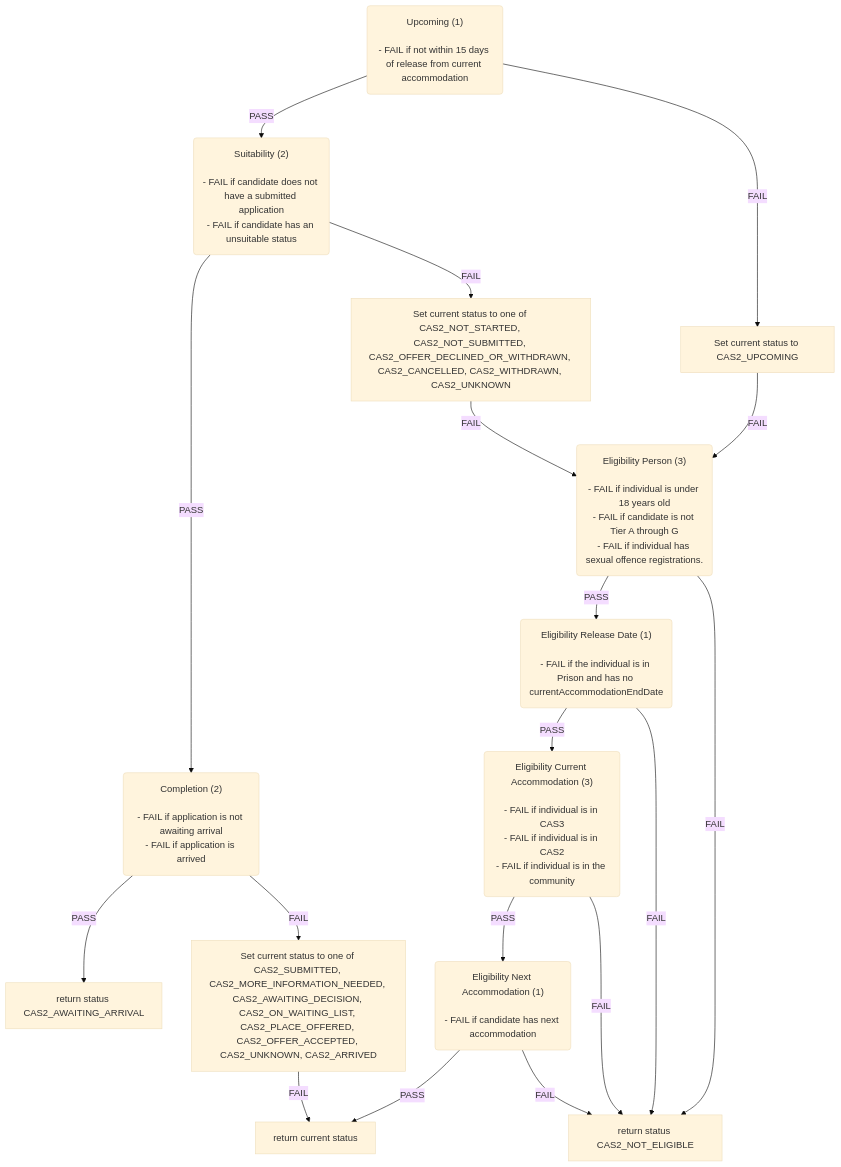
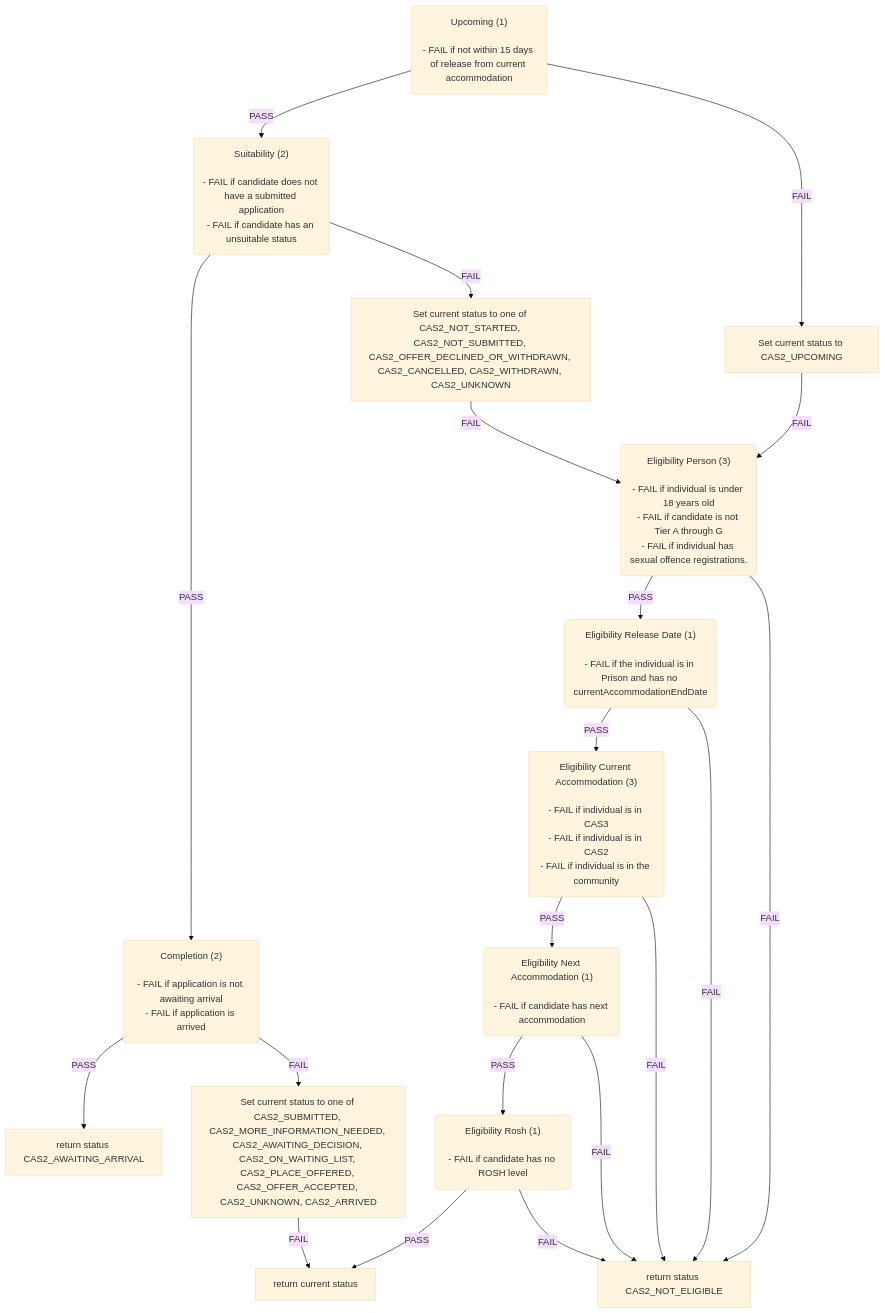
Before and after one commit to ministryofjustice/hmpps-single-accommodation-service-api: the second of 6 diagrams in docs/eligibility-rules-graph.md, drawn with Mermaid (base theme). The commit also changed other lines of this file and 21 other files, not shown here.

Commit message:
feature/SAS-1485-Add-ROSH-rule-placeholder-to-CAS-services

````diff
--- a/docs/eligibility-rules-graph.md
+++ b/docs/eligibility-rules-graph.md
@@ -104,53 +113,58 @@
 ```mermaid
 flowchart TD
   Upcoming("Upcoming (1)
 
 - FAIL if not within 15 days of release from current accommodation")
   Suitability("Suitability (2)
 
 - FAIL if candidate does not have a submitted application
 - FAIL if candidate has an unsuitable status")
   Completion("Completion (2)
 
 - FAIL if application is not awaiting arrival
 - FAIL if application is arrived")
   return_status_CAS2_AWAITING_ARRIVAL["return status CAS2_AWAITING_ARRIVAL"]
   Set_current_status_to_one_of_CAS2_SUBMITTED__CAS2_MORE_INFORMATION_NEEDED__CAS2_AWAITING_DECISION__CAS2_ON_WAITING_LIST__CAS2_PLACE_OFFERED__CAS2_OFFER_ACCEPTED__CAS2_UNKNOWN__CAS2_ARRIVED["Set current status to one of CAS2_SUBMITTED, CAS2_MORE_INFORMATION_NEEDED, CAS2_AWAITING_DECISION, CAS2_ON_WAITING_LIST, CAS2_PLACE_OFFERED, CAS2_OFFER_ACCEPTED, CAS2_UNKNOWN, CAS2_ARRIVED"]
   return_current_status["return current status"]
   Set_current_status_to_one_of_CAS2_NOT_STARTED__CAS2_NOT_SUBMITTED__CAS2_OFFER_DECLINED_OR_WITHDRAWN__CAS2_CANCELLED__CAS2_WITHDRAWN__CAS2_UNKNOWN["Set current status to one of CAS2_NOT_STARTED, CAS2_NOT_SUBMITTED, CAS2_OFFER_DECLINED_OR_WITHDRAWN, CAS2_CANCELLED, CAS2_WITHDRAWN, CAS2_UNKNOWN"]
   Eligibility_Person("Eligibility Person (3)
 
 - FAIL if individual is under 18 years old
 - FAIL if candidate is not Tier A through G
 - FAIL if individual has sexual offence registrations.")
   Eligibility_Release_Date("Eligibility Release Date (1)
 
 - FAIL if the individual is in Prison and has no currentAccommodationEndDate")
   Eligibility_Current_Accommodation("Eligibility Current Accommodation (3)
 
 - FAIL if individual is in CAS3
 - FAIL if individual is in CAS2
 - FAIL if individual is in the community")
   Eligibility_Next_Accommodation("Eligibility Next Accommodation (1)
 
 - FAIL if candidate has next accommodation")
+  Eligibility_Rosh("Eligibility Rosh (1)
+
+- FAIL if candidate has no ROSH level")
   return_status_CAS2_NOT_ELIGIBLE["return status CAS2_NOT_ELIGIBLE"]
   Set_current_status_to_CAS2_UPCOMING["Set current status to CAS2_UPCOMING"]
   Completion -->|PASS| return_status_CAS2_AWAITING_ARRIVAL
   Completion -->|FAIL| Set_current_status_to_one_of_CAS2_SUBMITTED__CAS2_MORE_INFORMATION_NEEDED__CAS2_AWAITING_DECISION__CAS2_ON_WAITING_LIST__CAS2_PLACE_OFFERED__CAS2_OFFER_ACCEPTED__CAS2_UNKNOWN__CAS2_ARRIVED
   Set_current_status_to_one_of_CAS2_SUBMITTED__CAS2_MORE_INFORMATION_NEEDED__CAS2_AWAITING_DECISION__CAS2_ON_WAITING_LIST__CAS2_PLACE_OFFERED__CAS2_OFFER_ACCEPTED__CAS2_UNKNOWN__CAS2_ARRIVED -->|FAIL| return_current_status
   Suitability -->|PASS| Completion
   Suitability -->|FAIL| Set_current_status_to_one_of_CAS2_NOT_STARTED__CAS2_NOT_SUBMITTED__CAS2_OFFER_DECLINED_OR_WITHDRAWN__CAS2_CANCELLED__CAS2_WITHDRAWN__CAS2_UNKNOWN
-  Eligibility_Next_Accommodation -->|PASS| return_current_status
+  Eligibility_Rosh -->|PASS| return_current_status
+  Eligibility_Rosh -->|FAIL| return_status_CAS2_NOT_ELIGIBLE
+  Eligibility_Next_Accommodation -->|PASS| Eligibility_Rosh
   Eligibility_Next_Accommodation -->|FAIL| return_status_CAS2_NOT_ELIGIBLE
   Eligibility_Current_Accommodation -->|PASS| Eligibility_Next_Accommodation
   Eligibility_Current_Accommodation -->|FAIL| return_status_CAS2_NOT_ELIGIBLE
   Eligibility_Release_Date -->|PASS| Eligibility_Current_Accommodation
   Eligibility_Release_Date -->|FAIL| return_status_CAS2_NOT_ELIGIBLE
   Eligibility_Person -->|PASS| Eligibility_Release_Date
   Eligibility_Person -->|FAIL| return_status_CAS2_NOT_ELIGIBLE
   Set_current_status_to_one_of_CAS2_NOT_STARTED__CAS2_NOT_SUBMITTED__CAS2_OFFER_DECLINED_OR_WITHDRAWN__CAS2_CANCELLED__CAS2_WITHDRAWN__CAS2_UNKNOWN -->|FAIL| Eligibility_Person
   Upcoming -->|PASS| Suitability
   Upcoming -->|FAIL| Set_current_status_to_CAS2_UPCOMING
   Set_current_status_to_CAS2_UPCOMING -->|FAIL| Eligibility_Person
 ```
````
